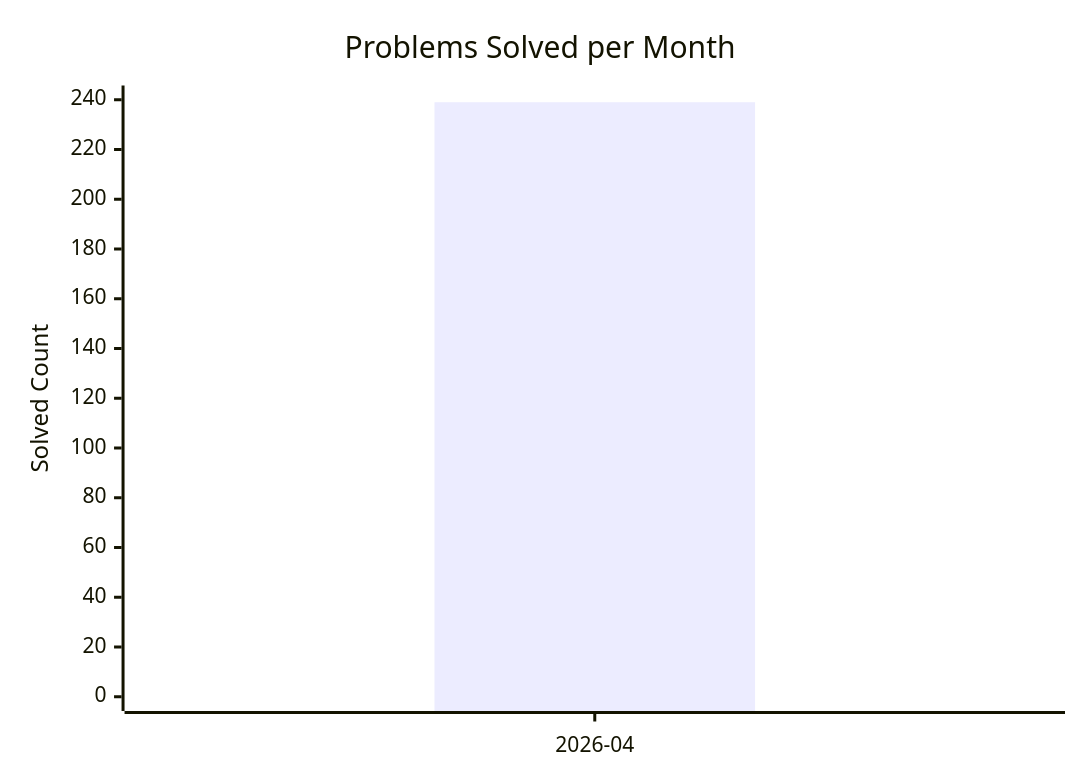
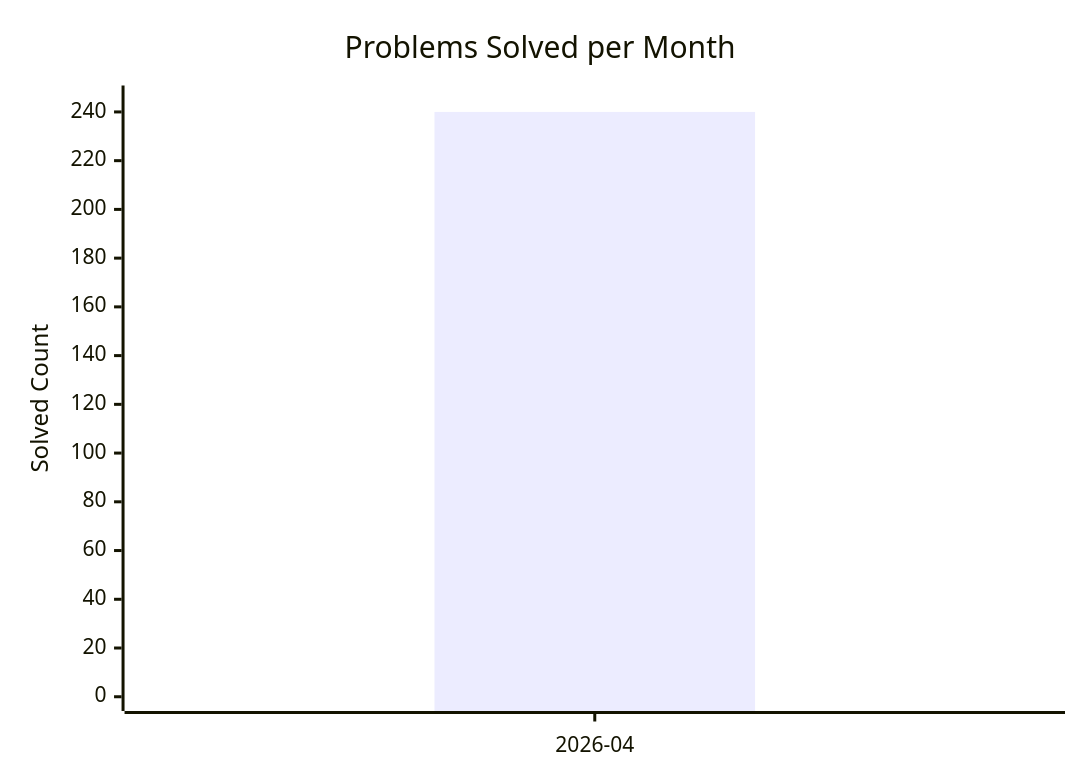
One commit to AdityaPandey-DEV/CP-Progress-Sync changed the diagram in dashboard.md. Above: the diagram before and after it, drawn with Mermaid. The commit also changed other lines of this file, not shown here.

Commit message:
Auto-update CP dashboard [skip ci]

````diff
--- a/dashboard.md
+++ b/dashboard.md
@@ -8,8 +8,8 @@
 ```mermaid
 xychart-beta
     title "Problems Solved per Month"
     x-axis ["2026-04"]
-    y-axis "Solved Count" 0 --> 240
-    bar [239]
-    line [239]
+    y-axis "Solved Count" 0 --> 245
+    bar [240]
+    line [240]
 ```
````
